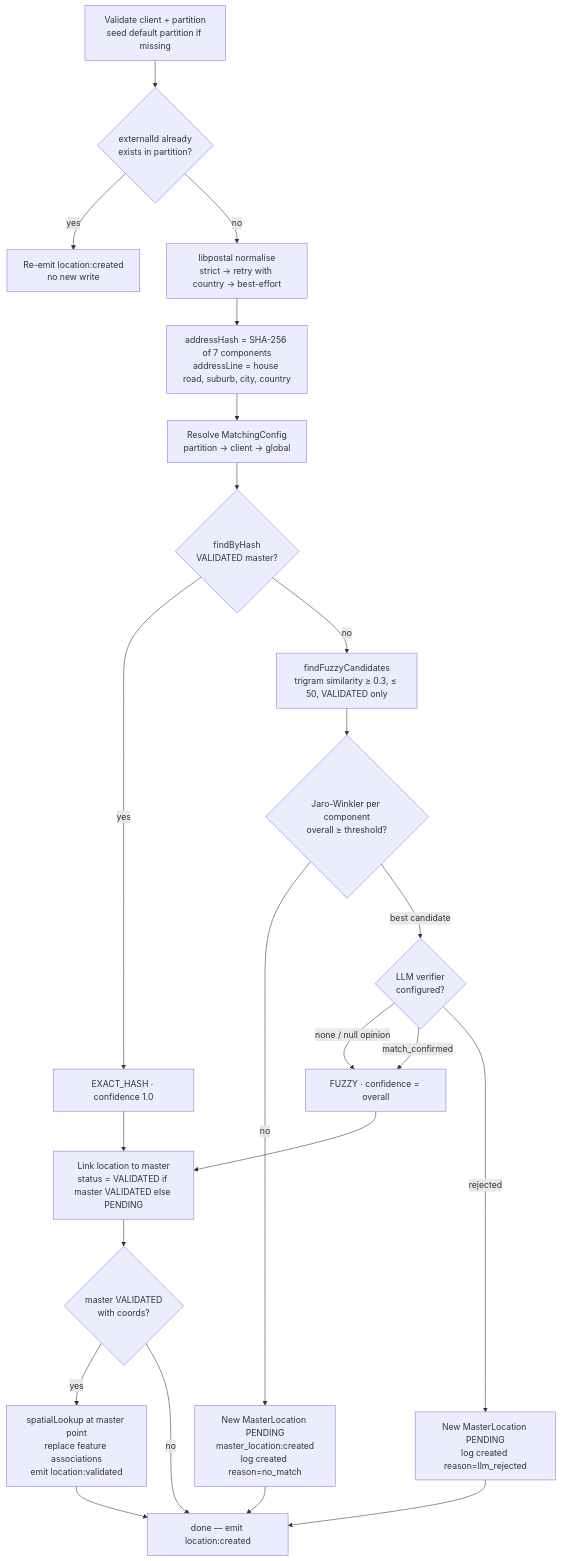
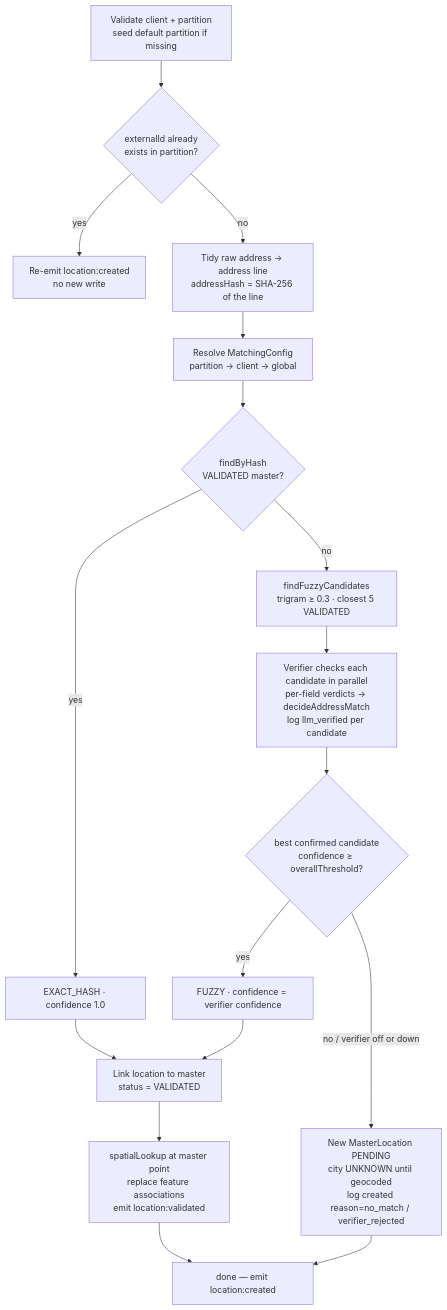
Before and after one commit to flowcatalyst/flowcatalyst-apps: the fifth of 8 diagrams in typescript/apps/pinpoint/docs/architecture.md, drawn with Mermaid. The commit also changed other lines of this file and 43 other files, not shown here.

First line of the commit message:
pinpoint: match on the address line with Clef — libpostal and the component scorer removed

````diff
--- a/typescript/apps/pinpoint/docs/architecture.md
+++ b/typescript/apps/pinpoint/docs/architecture.md
@@ -178,26 +178,20 @@
 ```mermaid
 flowchart TD
   A[Validate client + partition<br/>seed default partition if missing] --> B{externalId already<br/>exists in partition?}
   B -- yes --> B1[Re-emit location:created<br/>no new write]
-  B -- no --> C[libpostal normalise<br/>strict → retry with country → best-effort]
-  C --> D[addressHash = SHA-256 of 7 components<br/>addressLine = house road, suburb, city, country]
-  D --> E[Resolve MatchingConfig<br/>partition → client → global]
+  B -- no --> C[Tidy raw address → address line<br/>addressHash = SHA-256 of the line]
+  C --> E[Resolve MatchingConfig<br/>partition → client → global]
   E --> F{findByHash<br/>VALIDATED master?}
   F -- yes --> M[EXACT_HASH · confidence 1.0]
-  F -- no --> G[findFuzzyCandidates<br/>trigram similarity ≥ 0.3, ≤ 50, VALIDATED only]
-  G --> H{Jaro-Winkler per component<br/>overall ≥ threshold?}
-  H -- no --> N[New MasterLocation PENDING<br/>master_location:created<br/>log created reason=no_match]
-  H -- best candidate --> I{LLM verifier<br/>configured?}
-  I -- "none / null opinion" --> M2[FUZZY · confidence = overall]
-  I -- match_confirmed --> M2
-  I -- rejected --> N2[New MasterLocation PENDING<br/>log created reason=llm_rejected]
+  F -- no --> G[findFuzzyCandidates<br/>trigram ≥ 0.3 · closest 5 VALIDATED]
+  G --> H[Verifier checks each candidate in parallel<br/>per-field verdicts → decideAddressMatch<br/>log llm_verified per candidate]
+  H --> I{best confirmed candidate<br/>confidence ≥ overallThreshold?}
+  I -- yes --> M2[FUZZY · confidence = verifier confidence]
+  I -- "no / verifier off or down" --> N[New MasterLocation PENDING<br/>city UNKNOWN until geocoded<br/>log created reason=no_match / verifier_rejected]
   M --> L
   M2 --> L
-  L[Link location to master<br/>status = VALIDATED if master VALIDATED else PENDING]
-  L --> S{master VALIDATED<br/>with coords?}
-  S -- yes --> T[spatialLookup at master point<br/>replace feature associations<br/>emit location:validated]
-  S -- no --> U[done — emit location:created]
-  N --> U
-  N2 --> U
+  L[Link location to master<br/>status = VALIDATED]
+  L --> T[spatialLookup at master point<br/>replace feature associations<br/>emit location:validated]
+  N --> U[done — emit location:created]
   T --> U
 ```
````
